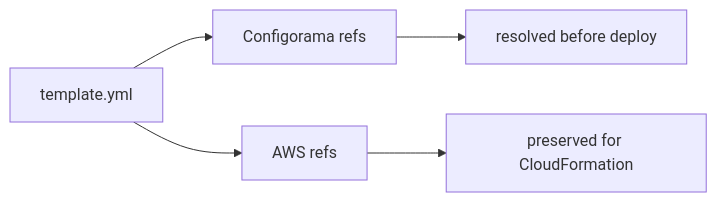
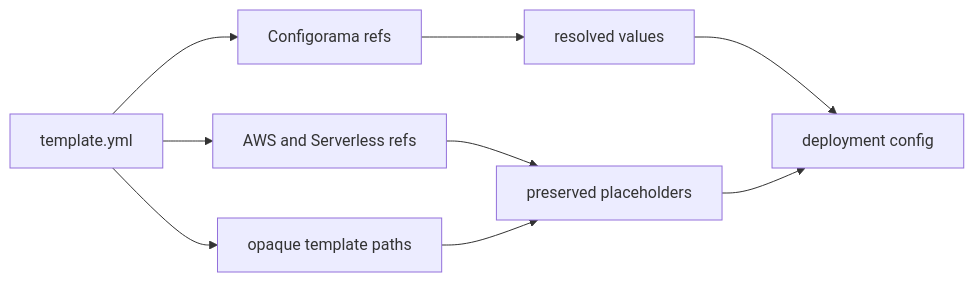
One commit to DavidWells/configorama changed the diagram in site/content/guides/cloudformation-serverless.mdx. Above: the diagram before and after it, drawn with Mermaid. The commit also changed other lines of this file and 2 other files, not shown here.

Commit message:
docs: clarify config compatibility guides

````diff
--- a/site/content/guides/cloudformation-serverless.mdx
+++ b/site/content/guides/cloudformation-serverless.mdx
@@ -12,7 +12,11 @@
 ```mermaid
 graph LR
   A[template.yml] --> B[Configorama refs]
-  A --> C[AWS refs]
-  B --> D[resolved before deploy]
-  C --> E[preserved for CloudFormation]
+  A --> C[AWS and Serverless refs]
+  A --> D[opaque template paths]
+  B --> E[resolved values]
+  C --> F[preserved placeholders]
+  D --> F
+  E --> G[deployment config]
+  F --> G
 ```
````
